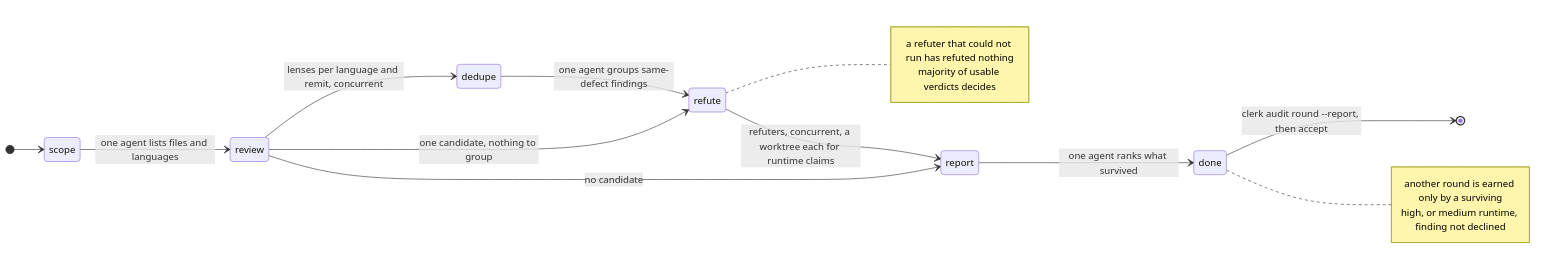
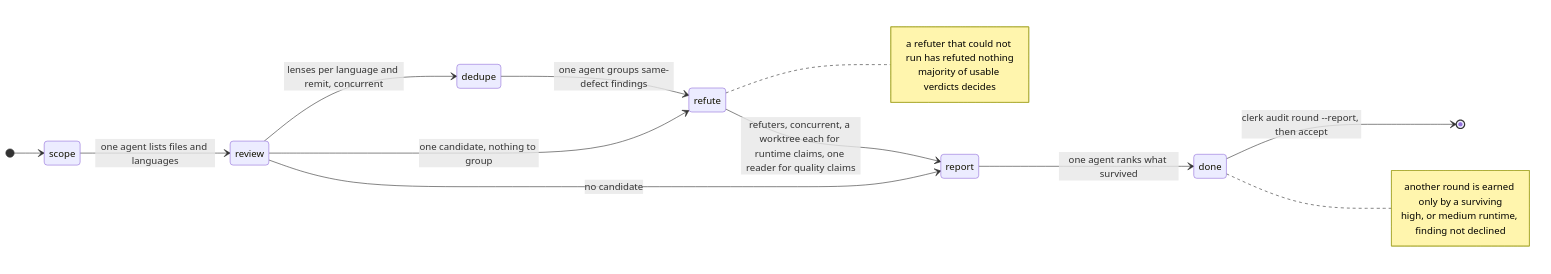
Before and after one commit to hpcsc/dotfiles: the tenth of 11 diagrams in docs/clerk-structure.md, drawn with Mermaid. The commit also changed 7 other files, not shown here.

First line of the commit message:
Check quality claims that need no checkout together

````diff
--- a/docs/clerk-structure.md
+++ b/docs/clerk-structure.md
@@ -398,21 +398,21 @@
 ```mermaid
 stateDiagram-v2
   direction LR
   [*] --> scope
   scope --> review: one agent lists files and languages
   review --> dedupe: lenses per language and remit, concurrent
   review --> refute: one candidate, nothing to group
   review --> report: no candidate
   dedupe --> refute: one agent groups same-defect findings
-  refute --> report: refuters, concurrent, a worktree each for runtime claims
+  refute --> report: refuters, concurrent, a worktree each for runtime claims, one reader for quality claims
   report --> done: one agent ranks what survived
   done --> [*]: clerk audit round --report, then accept
   note right of refute
     a refuter that could not run has refuted nothing
     majority of usable verdicts decides
   end note
   note right of done
     another round is earned only by a surviving
     high, or medium runtime, finding not declined
   end note
 ```
````
